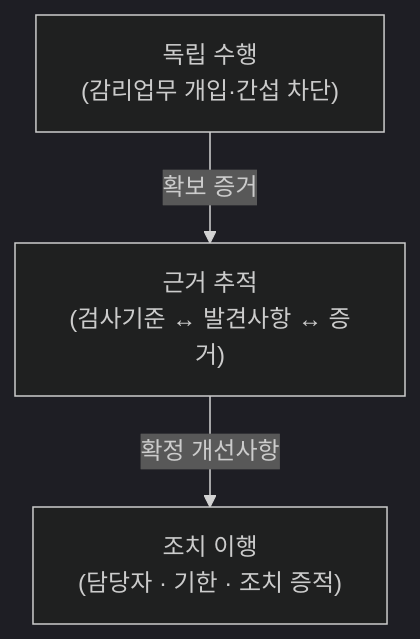
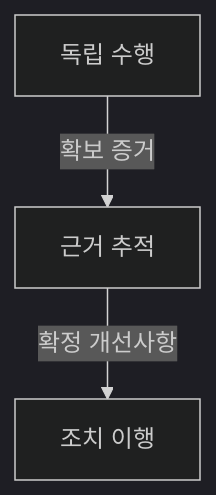
The fifth of 6 diagrams in src/content/docs/notes/itpe/01-it-strategy/008_it_audit.md (agnusdei1207/study), drawn with Mermaid (dark theme) before and after one commit. The commit also changed other lines of this file and 19 other files, not shown here.

````diff
--- a/src/content/docs/notes/itpe/01-it-strategy/008_it_audit.md
+++ b/src/content/docs/notes/itpe/01-it-strategy/008_it_audit.md
@@ -133,5 +136,5 @@
 ```mermaid
 flowchart TD
-    N1["독립 수행<br/>(감리업무 개입·간섭 차단)"] -->|확보 증거| N2["근거 추적<br/>(검사기준 ↔ 발견사항 ↔ 증거)"]
-    N2 -->|확정 개선사항| N3["조치 이행<br/>(담당자 · 기한 · 조치 증적)"]
+    N1["독립 수행"] -->|"확보 증거"| N2["근거 추적"]
+    N2 -->|"확정 개선사항"| N3["조치 이행"]
 ```
````
